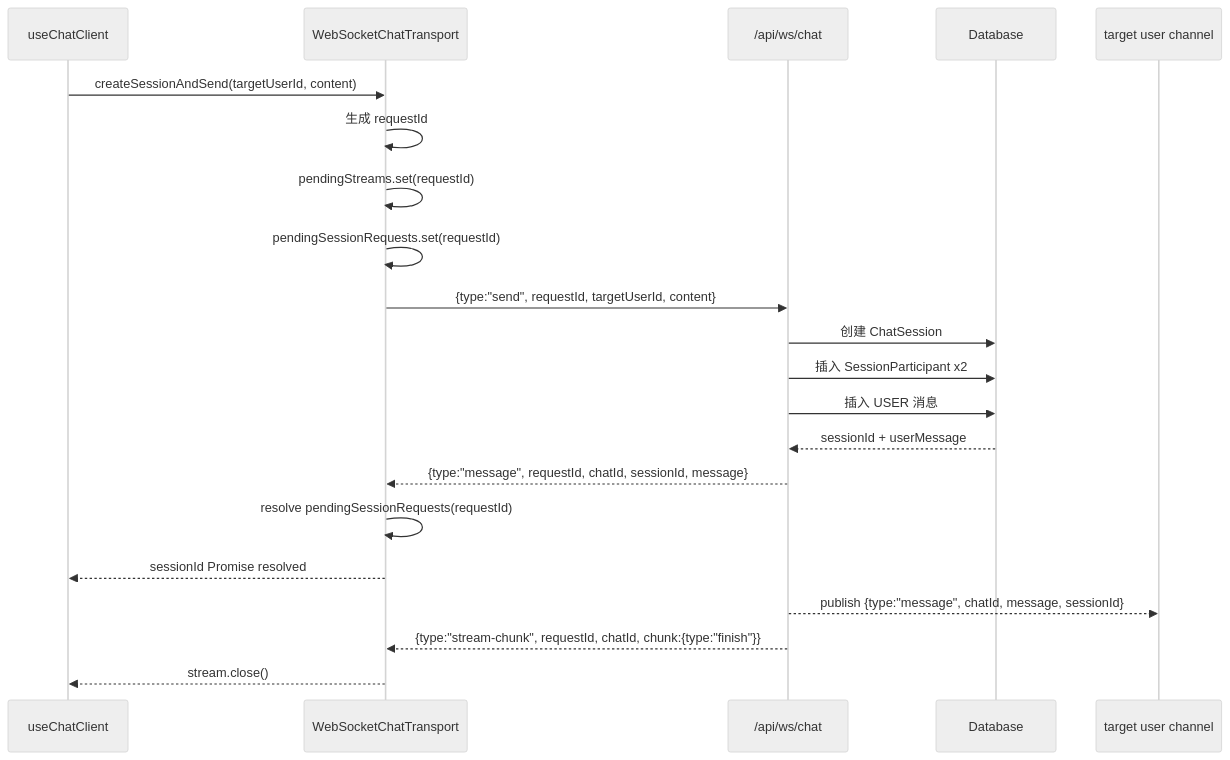
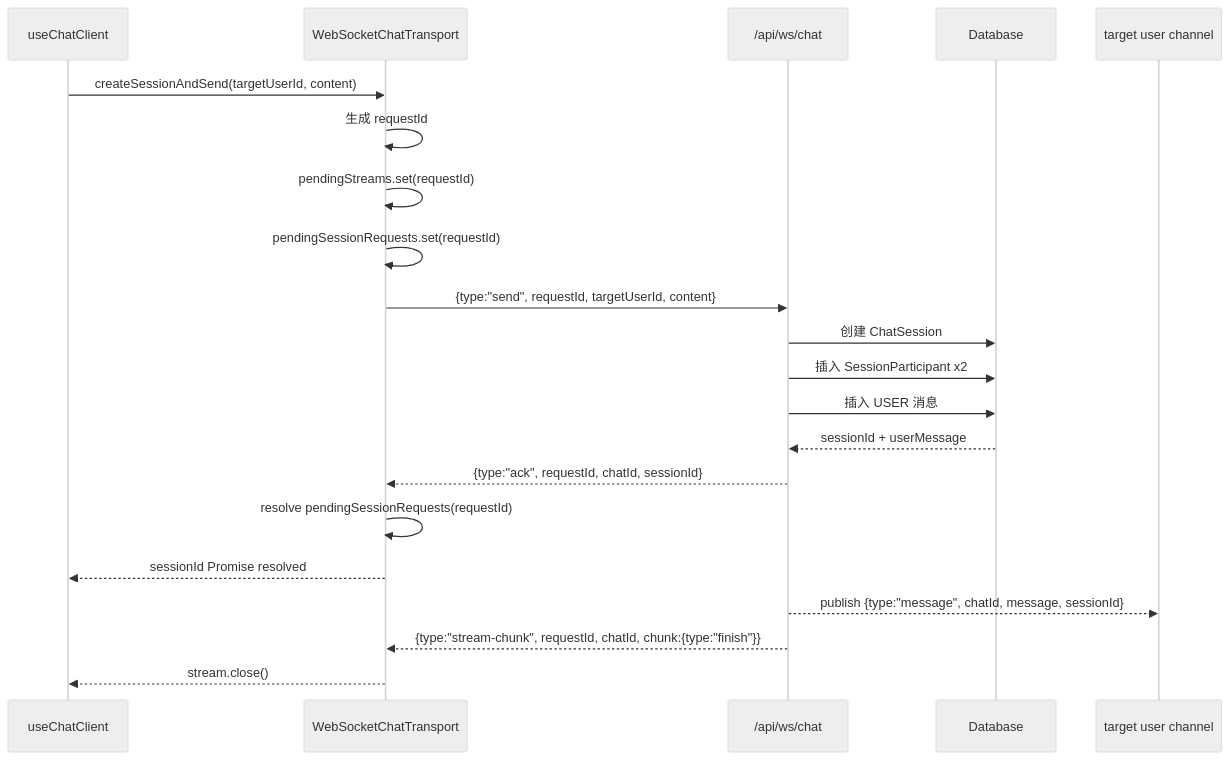
The third of 4 diagrams in docs/WEBSOCKET_CHAT_CURRENT_DESIGN.md (joseplin0/clawme), drawn with Mermaid (neutral theme) before and after one commit. The commit also changed other lines of this file and 14 other files, not shown here.

First line of the commit message:
feat(chat): enhance chat functionality with unified assistant message handling

````diff
--- a/docs/WEBSOCKET_CHAT_CURRENT_DESIGN.md
+++ b/docs/WEBSOCKET_CHAT_CURRENT_DESIGN.md
@@ -169,27 +195,27 @@
 ```mermaid
 sequenceDiagram
     participant UI as useChatClient
     participant T as WebSocketChatTransport
     participant WS as /api/ws/chat
     participant DB as Database
     participant Target as target user channel
 
     UI->>T: createSessionAndSend(targetUserId, content)
     T->>T: 生成 requestId
     T->>T: pendingStreams.set(requestId)
     T->>T: pendingSessionRequests.set(requestId)
     T->>WS: {type:"send", requestId, targetUserId, content}
 
     WS->>DB: 创建 ChatSession
     WS->>DB: 插入 SessionParticipant x2
     WS->>DB: 插入 USER 消息
     DB-->>WS: sessionId + userMessage
 
-    WS-->>T: {type:"message", requestId, chatId, sessionId, message}
+    WS-->>T: {type:"ack", requestId, chatId, sessionId}
     T->>T: resolve pendingSessionRequests(requestId)
     T-->>UI: sessionId Promise resolved
 
     WS-->>Target: publish {type:"message", chatId, message, sessionId}
     WS-->>T: {type:"stream-chunk", requestId, chatId, chunk:{type:"finish"}}
     T-->>UI: stream.close()
 ```
````
